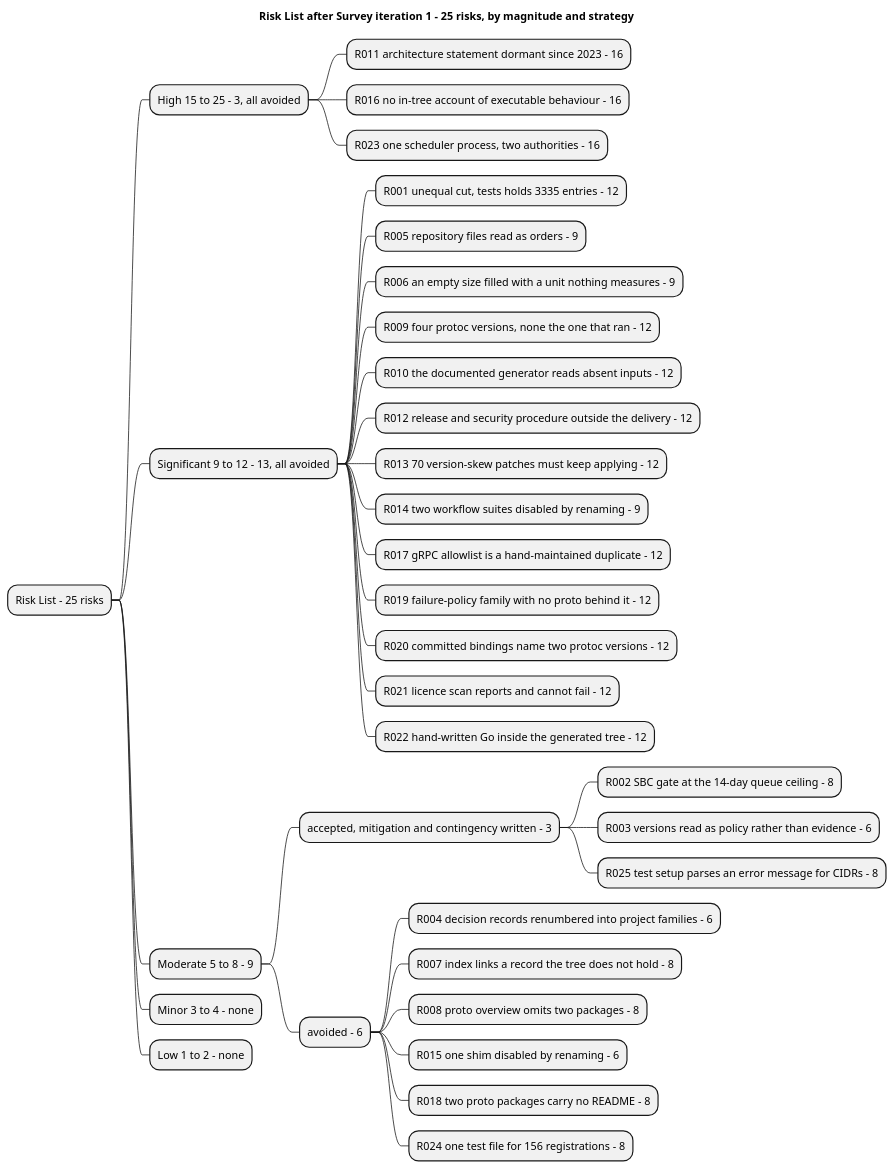
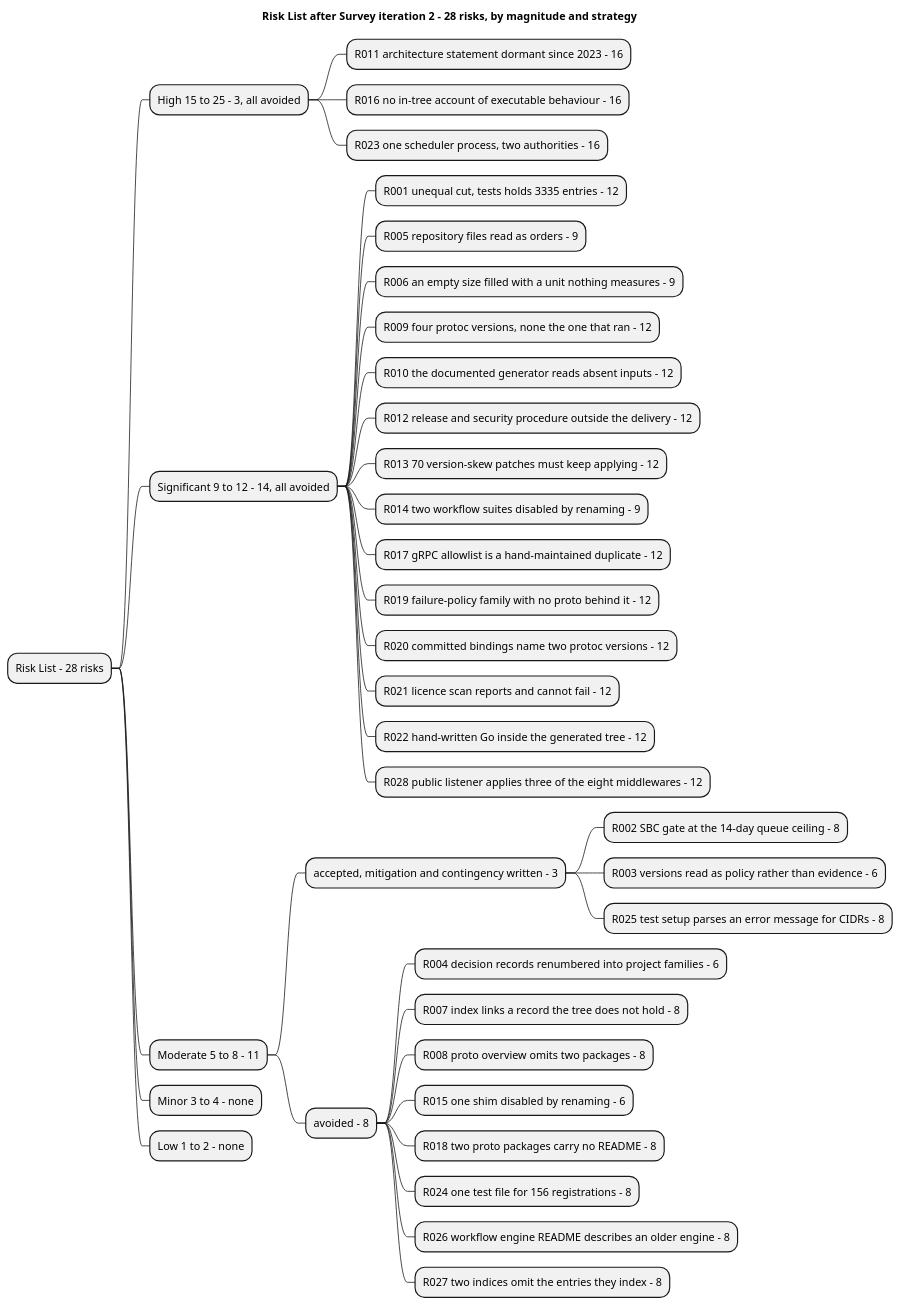
One commit to banense-test/dapr changed the second of 2 diagrams in docs/artifacts/project-management/risk-list.md. Above: the diagram before and after it, drawn with PlantUML. The commit also changed other lines of this file, not shown here.

First line of the commit message:
Project Manager [Survey2]: upsert Risk List

````diff
--- a/docs/artifacts/project-management/risk-list.md
+++ b/docs/artifacts/project-management/risk-list.md
@@ -116,38 +119,41 @@
 ```plantuml
 @startmindmap
-title Risk List after Survey iteration 1 - 25 risks, by magnitude and strategy
-* Risk List - 25 risks
+title Risk List after Survey iteration 2 - 28 risks, by magnitude and strategy
+* Risk List - 28 risks
 ** High 15 to 25 - 3, all avoided
 *** R011 architecture statement dormant since 2023 - 16
 *** R016 no in-tree account of executable behaviour - 16
 *** R023 one scheduler process, two authorities - 16
-** Significant 9 to 12 - 13, all avoided
+** Significant 9 to 12 - 14, all avoided
 *** R001 unequal cut, tests holds 3335 entries - 12
 *** R005 repository files read as orders - 9
 *** R006 an empty size filled with a unit nothing measures - 9
 *** R009 four protoc versions, none the one that ran - 12
 *** R010 the documented generator reads absent inputs - 12
 *** R012 release and security procedure outside the delivery - 12
 *** R013 70 version-skew patches must keep applying - 12
 *** R014 two workflow suites disabled by renaming - 9
 *** R017 gRPC allowlist is a hand-maintained duplicate - 12
 *** R019 failure-policy family with no proto behind it - 12
 *** R020 committed bindings name two protoc versions - 12
 *** R021 licence scan reports and cannot fail - 12
 *** R022 hand-written Go inside the generated tree - 12
-** Moderate 5 to 8 - 9
+*** R028 public listener applies three of the eight middlewares - 12
+** Moderate 5 to 8 - 11
 *** accepted, mitigation and contingency written - 3
 **** R002 SBC gate at the 14-day queue ceiling - 8
 **** R003 versions read as policy rather than evidence - 6
 **** R025 test setup parses an error message for CIDRs - 8
-*** avoided - 6
+*** avoided - 8
 **** R004 decision records renumbered into project families - 6
 **** R007 index links a record the tree does not hold - 8
 **** R008 proto overview omits two packages - 8
 **** R015 one shim disabled by renaming - 6
 **** R018 two proto packages carry no README - 8
 **** R024 one test file for 156 registrations - 8
+**** R026 workflow engine README describes an older engine - 8
+**** R027 two indices omit the entries they index - 8
 ** Minor 3 to 4 - none
 ** Low 1 to 2 - none
 @endmindmap
 ```
````
